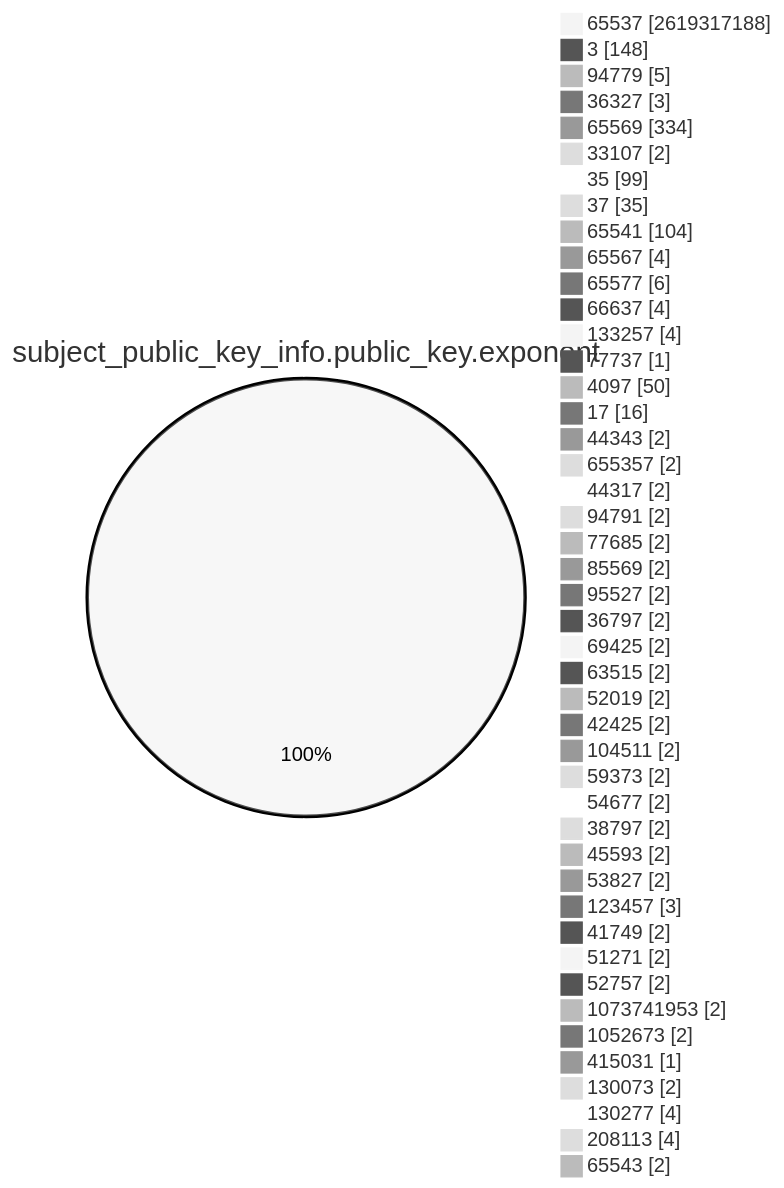
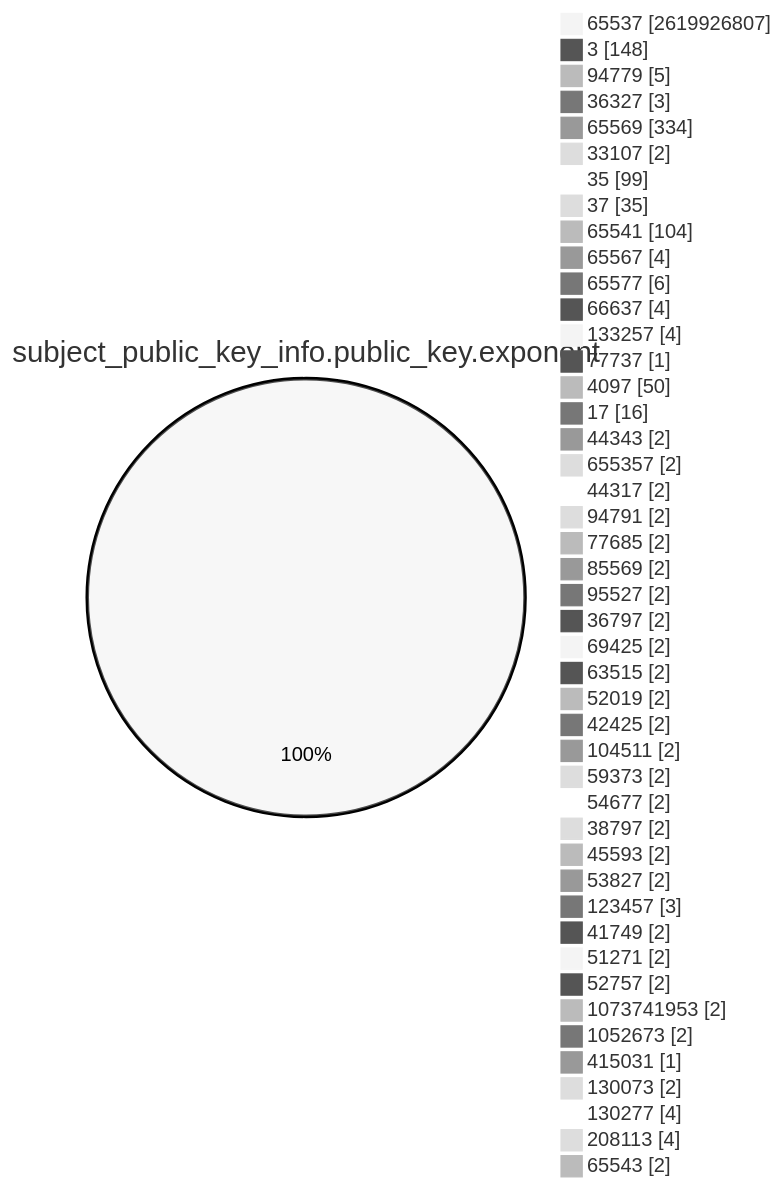
One commit to christiankrug/ctmonitor_visualization changed the fourth of 15 diagrams in TOTAL/README.md. Above: the diagram before and after it, drawn with Mermaid (neutral theme). The commit also changed other lines of this file, not shown here.

````diff
--- a/TOTAL/README.md
+++ b/TOTAL/README.md
@@ -1466,49 +1467,49 @@
 ```mermaid
 pie showData
 title subject_public_key_info.public_key.exponent
-"65537" :2619317188
+"65537" :2619926807
 "3" :148
 "94779" :5
 "36327" :3
 "65569" :334
 "33107" :2
 "35" :99
 "37" :35
 "65541" :104
 "65567" :4
 "65577" :6
 "66637" :4
 "133257" :4
 "77737" :1
 "4097" :50
 "17" :16
 "44343" :2
 "655357" :2
 "44317" :2
 "94791" :2
 "77685" :2
 "85569" :2
 "95527" :2
 "36797" :2
 "69425" :2
 "63515" :2
 "52019" :2
 "42425" :2
 "104511" :2
 "59373" :2
 "54677" :2
 "38797" :2
 "45593" :2
 "53827" :2
 "123457" :3
 "41749" :2
 "51271" :2
 "52757" :2
 "1073741953" :2
 "1052673" :2
 "415031" :1
 "130073" :2
 "130277" :4
 "208113" :4
 "65543" :2
 ```
````
